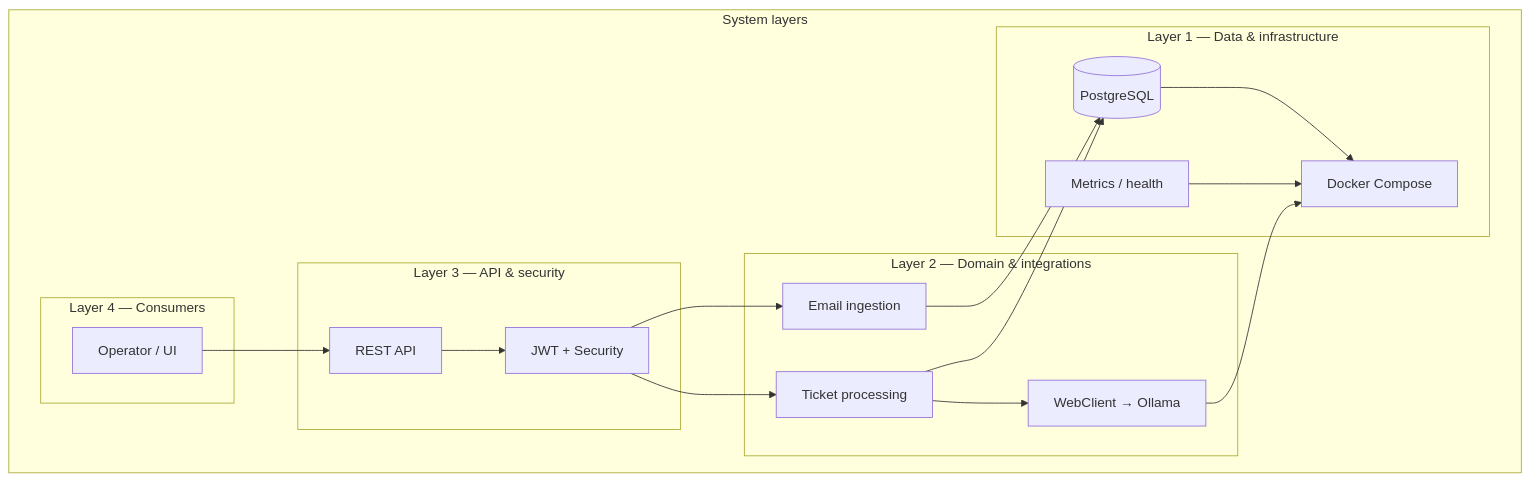
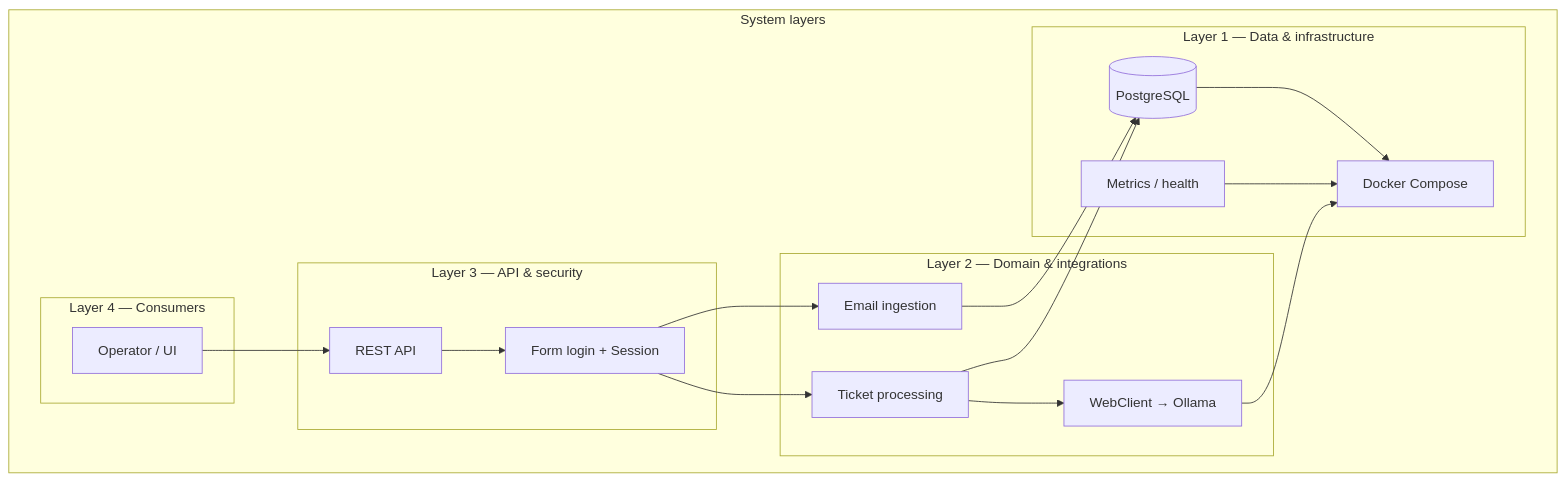
The seventh of 10 diagrams in docs/PRESENTATION_TREE_MAP.md (olegskel7-wq/smart-freight-inbox), drawn with Mermaid before and after one commit. The commit also changed other lines of this file, not shown here.

First line of the commit message:
docs: add DB schema ER diagram to presentation tree map

````diff
--- a/docs/PRESENTATION_TREE_MAP.md
+++ b/docs/PRESENTATION_TREE_MAP.md
@@ -177,32 +178,32 @@
 ```mermaid
 flowchart TB
   subgraph P["System layers"]
     subgraph L4["Layer 4 — Consumers"]
       U[Operator / UI]
     end
     subgraph L3["Layer 3 — API & security"]
       API[REST API]
-      SEC[JWT + Security]
+      SEC[Form login + Session]
     end
     subgraph L2["Layer 2 — Domain & integrations"]
       ING[Email ingestion]
       PROC[Ticket processing]
       LLM[WebClient → Ollama]
     end
     subgraph L1["Layer 1 — Data & infrastructure"]
       PG[(PostgreSQL)]
       DC[Docker Compose]
       MON[Metrics / health]
     end
   end
   U --> API
   API --> SEC
   SEC --> ING
   SEC --> PROC
   ING --> PG
   PROC --> PG
   PROC --> LLM
   PG --> DC
   LLM --> DC
   MON --> DC
 ```
````
